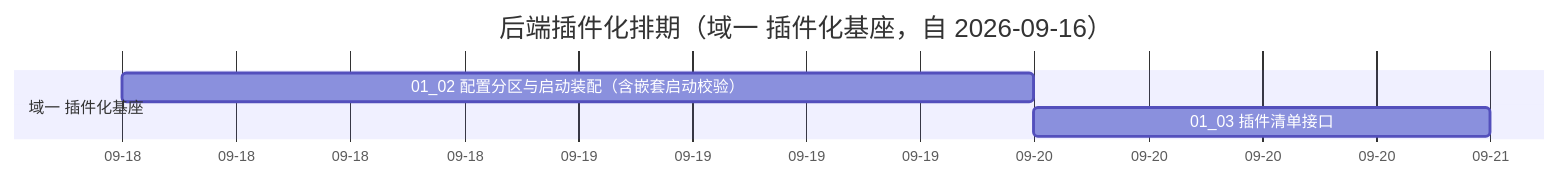
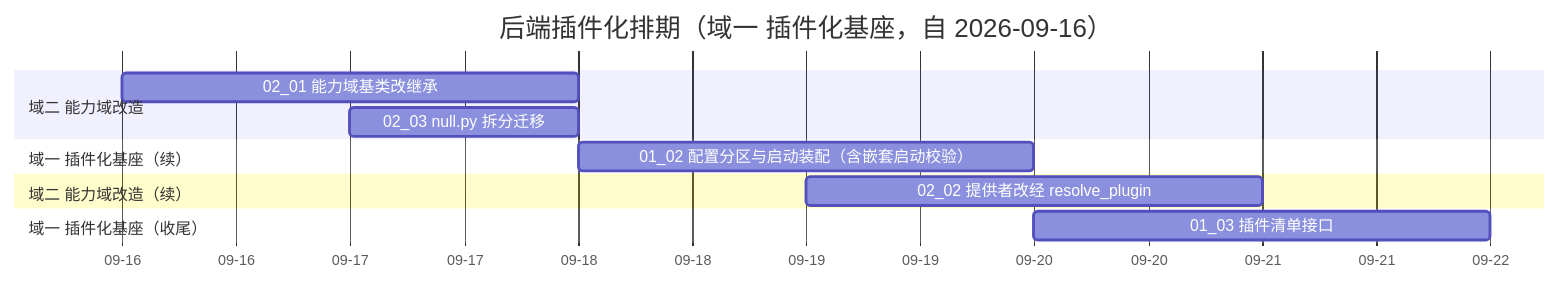
Before and after one commit to minjian123/basic-management-system: the diagram in bms文档/项目/03_后端插件化/计划/01_计划_后端插件化.md, drawn with Mermaid. The commit also changed other lines of this file and 6 other files, not shown here.

````diff
--- a/bms文档/项目/03_后端插件化/计划/01_计划_后端插件化.md
+++ b/bms文档/项目/03_后端插件化/计划/01_计划_后端插件化.md
@@ -33,9 +36,15 @@
 ```mermaid
 gantt
     title 后端插件化排期（域一 插件化基座，自 2026-09-16）
     dateFormat  YYYY-MM-DD
     axisFormat %m-%d
-    section 域一 插件化基座
+    section 域二 能力域改造
+    02_01 能力域基类改继承 :t0201, 2026-09-16, 2d
+    02_03 null.py 拆分迁移 :t0203, 2026-09-17, 1d
+    section 域一 插件化基座（续）
     01_02 配置分区与启动装配（含嵌套启动校验） :t0102, 2026-09-18, 2d
-    01_03 插件清单接口 :t0103, 2026-09-20, 1d
+    section 域二 能力域改造（续）
+    02_02 提供者改经 resolve_plugin :t0202, 2026-09-19, 2d
+    section 域一 插件化基座（收尾）
+    01_03 插件清单接口 :t0103, 2026-09-20, 2d
 ```
````
